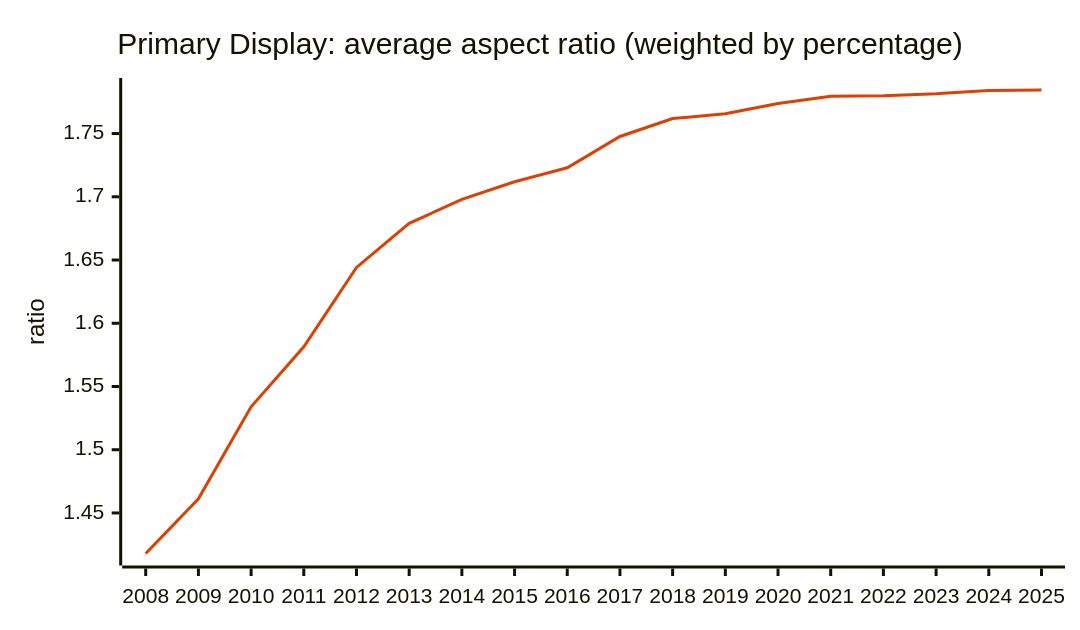
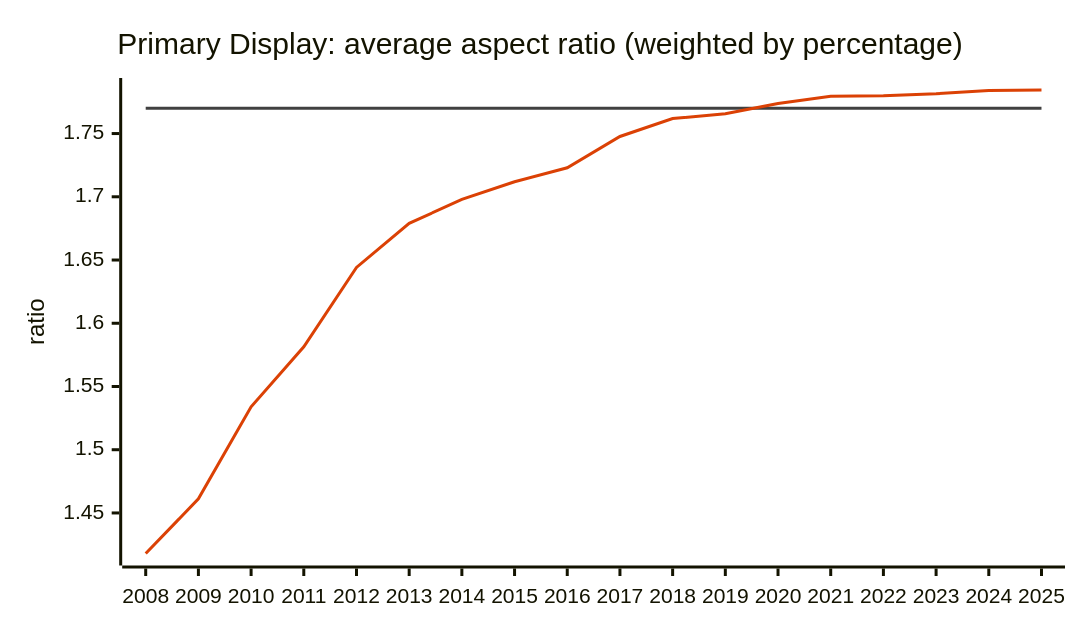
Before and after one commit to jdegene/steamHWsurvey: diagram 17 of 29 in README.md, drawn with Mermaid. The commit also changed other lines of this file and 1 other file, not shown here.

````diff
--- a/README.md
+++ b/README.md
@@ -559,19 +562,20 @@
 ```mermaid
 ---
 config:
     xyChart:
         width: 700
         height: 400
         
     themeVariables:
         xyChart:
-            plotColorPalette: "#DB4105"
+            plotColorPalette: "#404040,#DB4105"
 
 --- 
 
 xychart-beta
     title "Primary Display: average aspect ratio (weighted by percentage)"
     x-axis [2008, 2009, 2010, 2011, 2012, 2013, 2014, 2015, 2016, 2017, 2018, 2019, 2020, 2021, 2022, 2023, 2024, 2025]
     y-axis "ratio" 
+ line [1.77, 1.77, 1.77, 1.77, 1.77, 1.77, 1.77, 1.77, 1.77, 1.77, 1.77, 1.77, 1.77, 1.77, 1.77, 1.77, 1.77, 1.77]
     line [1.417941306228879, 1.4611567835141763, 1.533974920001756, 1.5813610553330728, 1.6441197983994256, 1.6789673069298932, 1.6979525680775114, 1.7118873828122096, 1.7229454013771042, 1.7476951638068883, 1.7618596685661352, 1.765595772113996, 1.7737831941811184, 1.7794489740395185, 1.7798889098601134, 1.7814503174534728, 1.784019854809584, 1.7844370246708878]
 ``` 
````
